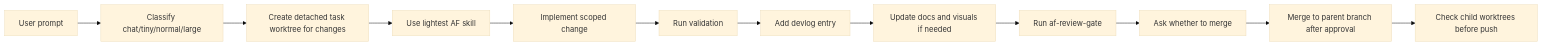
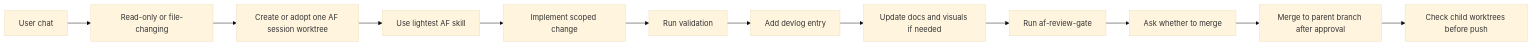
One commit to miketaheny/codex-setup changed the diagram in docs/USER-GUIDE.md. Above: the diagram before and after it, drawn with Mermaid (base theme). The commit also changed other lines of this file and 38 other files, not shown here.

Commit message:
feat: add worktree session manager

````diff
--- a/docs/USER-GUIDE.md
+++ b/docs/USER-GUIDE.md
@@ -72,14 +72,14 @@
 ```mermaid
 flowchart LR
-    Prompt["User prompt"] --> Classify["Classify chat/tiny/normal/large"]
-    Classify --> Worktree["Create detached task worktree for changes"]
+    Prompt["User chat"] --> Decide["Read-only or file-changing"]
+    Decide --> Worktree["Create or adopt one AF session worktree"]
     Worktree --> Skill["Use lightest AF skill"]
     Skill --> Change["Implement scoped change"]
     Change --> Validate["Run validation"]
     Validate --> Devlog["Add devlog entry"]
     Devlog --> Docs["Update docs and visuals if needed"]
     Docs --> Review["Run af-review-gate"]
     Review --> Ask["Ask whether to merge"]
     Ask --> Merge["Merge to parent branch after approval"]
     Merge --> PushCheck["Check child worktrees before push"]
 ```
````
